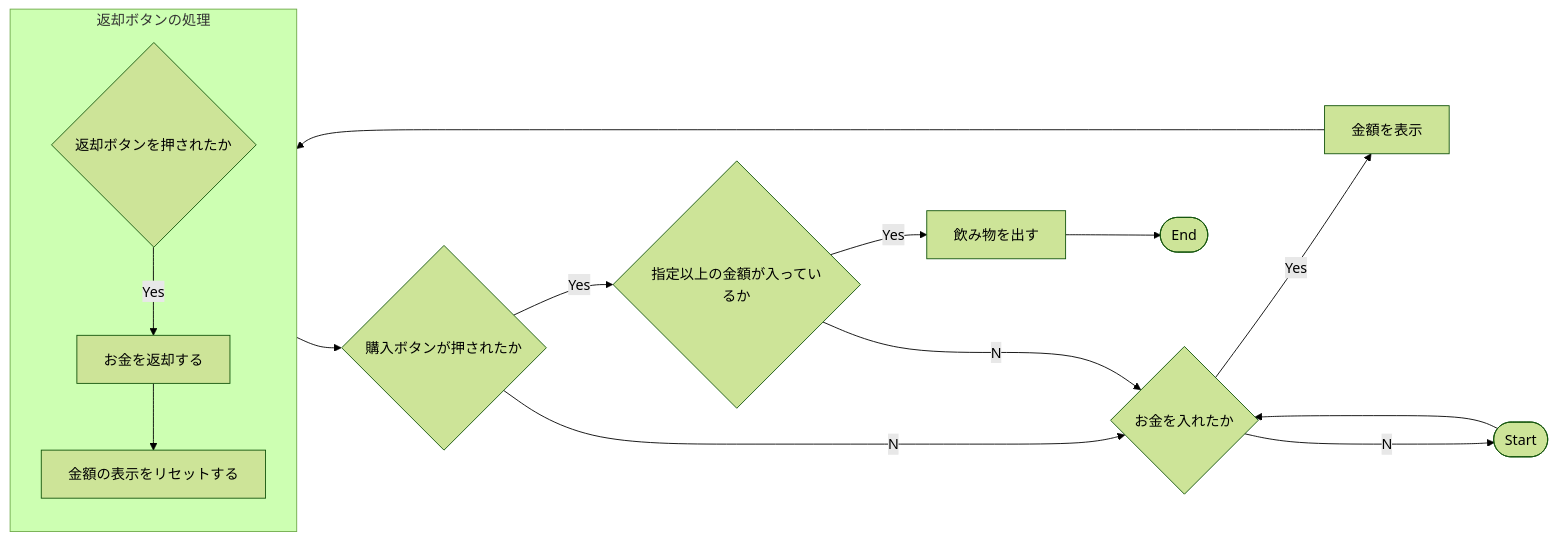
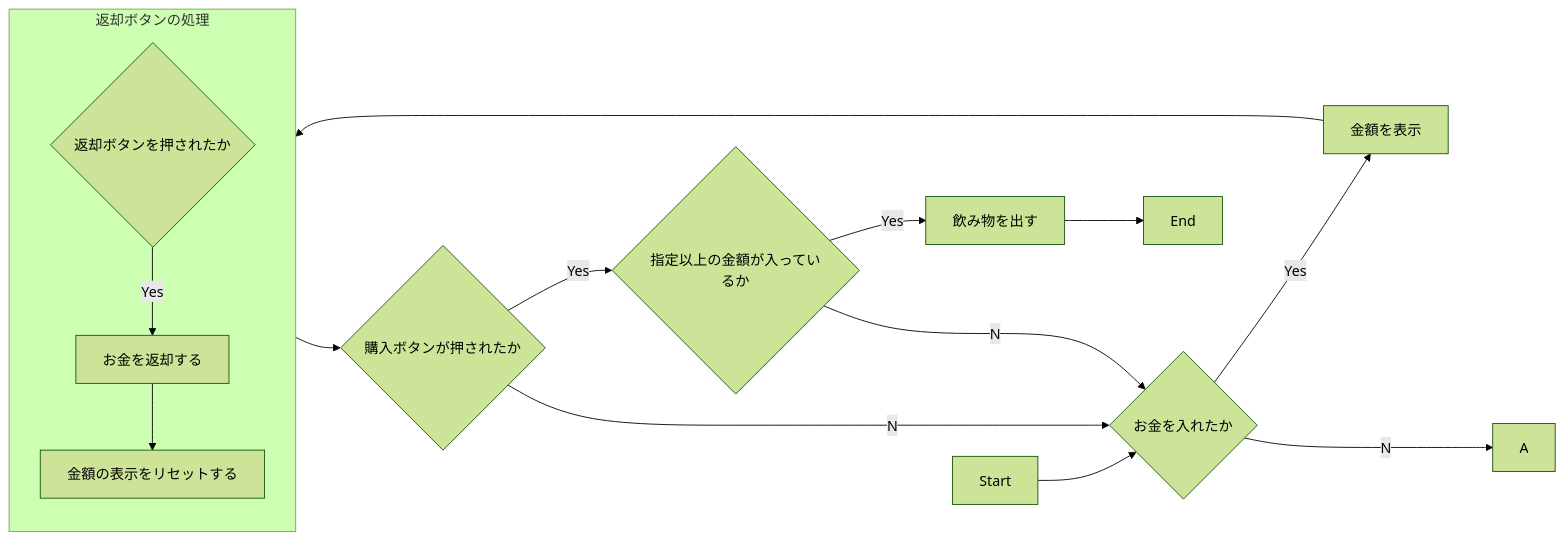
One commit to tpu-game-2022/mermaid_test changed the diagram in README.md. Above: the diagram before and after it, drawn with Mermaid (forest theme).

Commit message:
フローチャートを変更した

````diff
--- a/README.md
+++ b/README.md
@@ -20,19 +20,19 @@
 ```mermaid
 flowchart LR
-  A([Start])-->B{お金を入れたか}
+  Start-->B{お金を入れたか}
   B--Yes-->C[金額を表示]
   B--No-->A
   C-->返却ボタンの処理-->E{購入ボタンが押されたか}
   E{購入ボタンが押されたか}--Yes-->F{指定以上の金額が入っているか}
   E--No-->B
   F--Yes-->G[飲み物を出す]
   F--No-->B
-  G-->H([End])
+  G-->End
 
   subgraph 返却ボタンの処理
   direction TB
   D1{返却ボタンを押されたか}--Yes-->D2[お金を返却する]
   D2-->D3[金額の表示をリセットする]
   end
   
 ```
````
